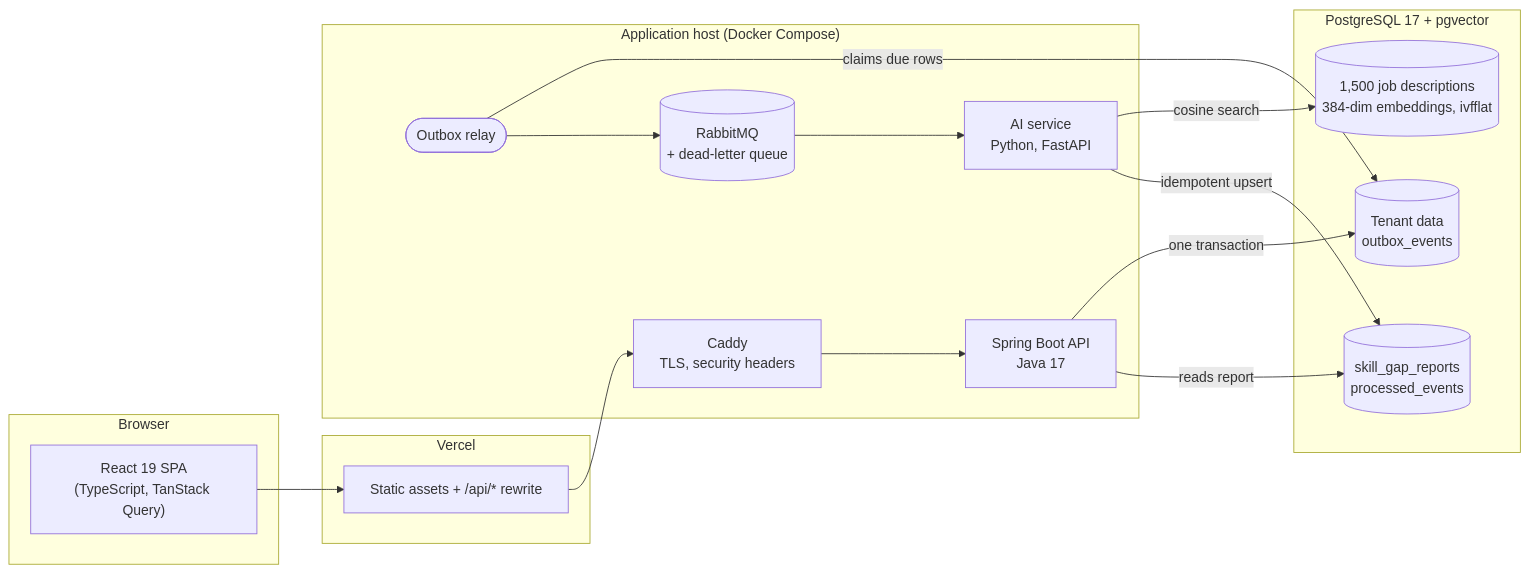
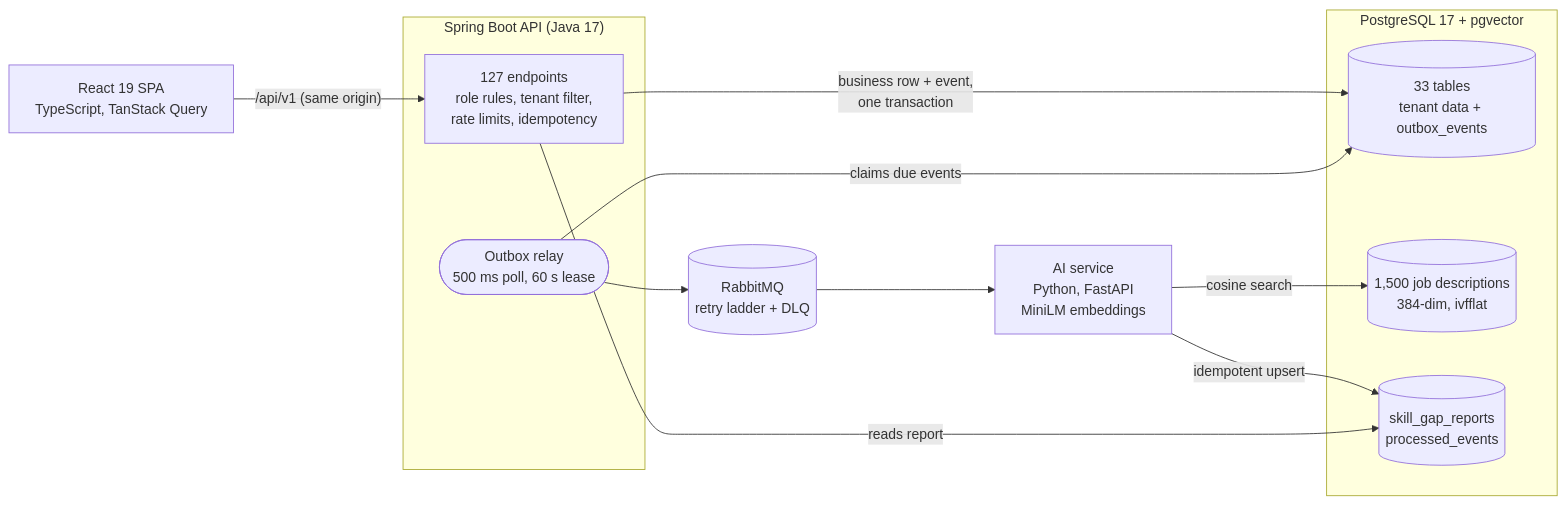
One commit to NandaKishore2424/SkillBridgeV2 changed the first of 2 diagrams in README.md. Above: the diagram before and after it, drawn with Mermaid. The commit also changed other lines of this file, not shown here.

````diff
--- a/README.md
+++ b/README.md
@@ -22,32 +46,26 @@
 ```mermaid
 flowchart LR
-    subgraph Browser
-        SPA["React 19 SPA<br/>(TypeScript, TanStack Query)"]
+    SPA["React 19 SPA<br/>TypeScript, TanStack Query"]
+
+    subgraph Backend["Spring Boot API (Java 17)"]
+        API["127 endpoints<br/>role rules, tenant filter,<br/>rate limits, idempotency"]
+        Relay(["Outbox relay<br/>500 ms poll, 60 s lease"])
     end
 
-    subgraph Vercel
-        CDN["Static assets + /api/* rewrite"]
-    end
-
-    subgraph Host["Application host (Docker Compose)"]
-        Caddy["Caddy<br/>TLS, security headers"]
-        API["Spring Boot API<br/>Java 17"]
-        Relay(["Outbox relay"])
-        MQ[("RabbitMQ<br/>+ dead-letter queue")]
-        AI["AI service<br/>Python, FastAPI"]
-    end
+    MQ[("RabbitMQ<br/>retry ladder + DLQ")]
+    AI["AI service<br/>Python, FastAPI<br/>MiniLM embeddings"]
 
     subgraph DB["PostgreSQL 17 + pgvector"]
-        App[("Tenant data<br/>outbox_events")]
-        Corpus[("1,500 job descriptions<br/>384-dim embeddings, ivfflat")]
+        App[("33 tables<br/>tenant data + outbox_events")]
+        Corpus[("1,500 job descriptions<br/>384-dim, ivfflat")]
         Reports[("skill_gap_reports<br/>processed_events")]
     end
 
-    SPA --> CDN --> Caddy --> API
-    API -- "one transaction" --> App
-    Relay -- "claims due rows" --> App
+    SPA -- "/api/v1 (same origin)" --> API
+    API -- "business row + event,<br/>one transaction" --> App
+    Relay -- "claims due events" --> App
     Relay --> MQ --> AI
     AI -- "cosine search" --> Corpus
     AI -- "idempotent upsert" --> Reports
     API -- "reads report" --> Reports
 ```
````
